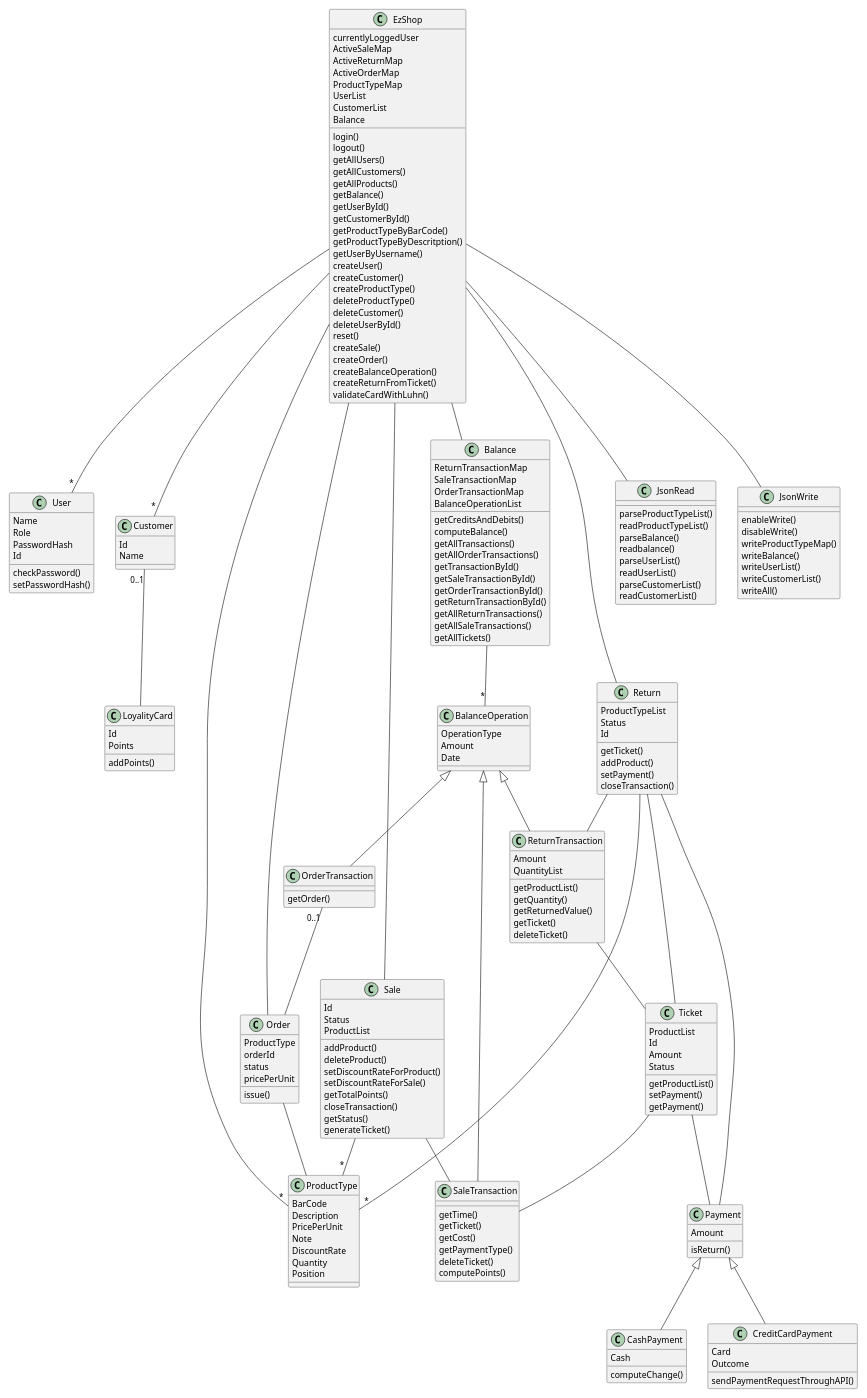
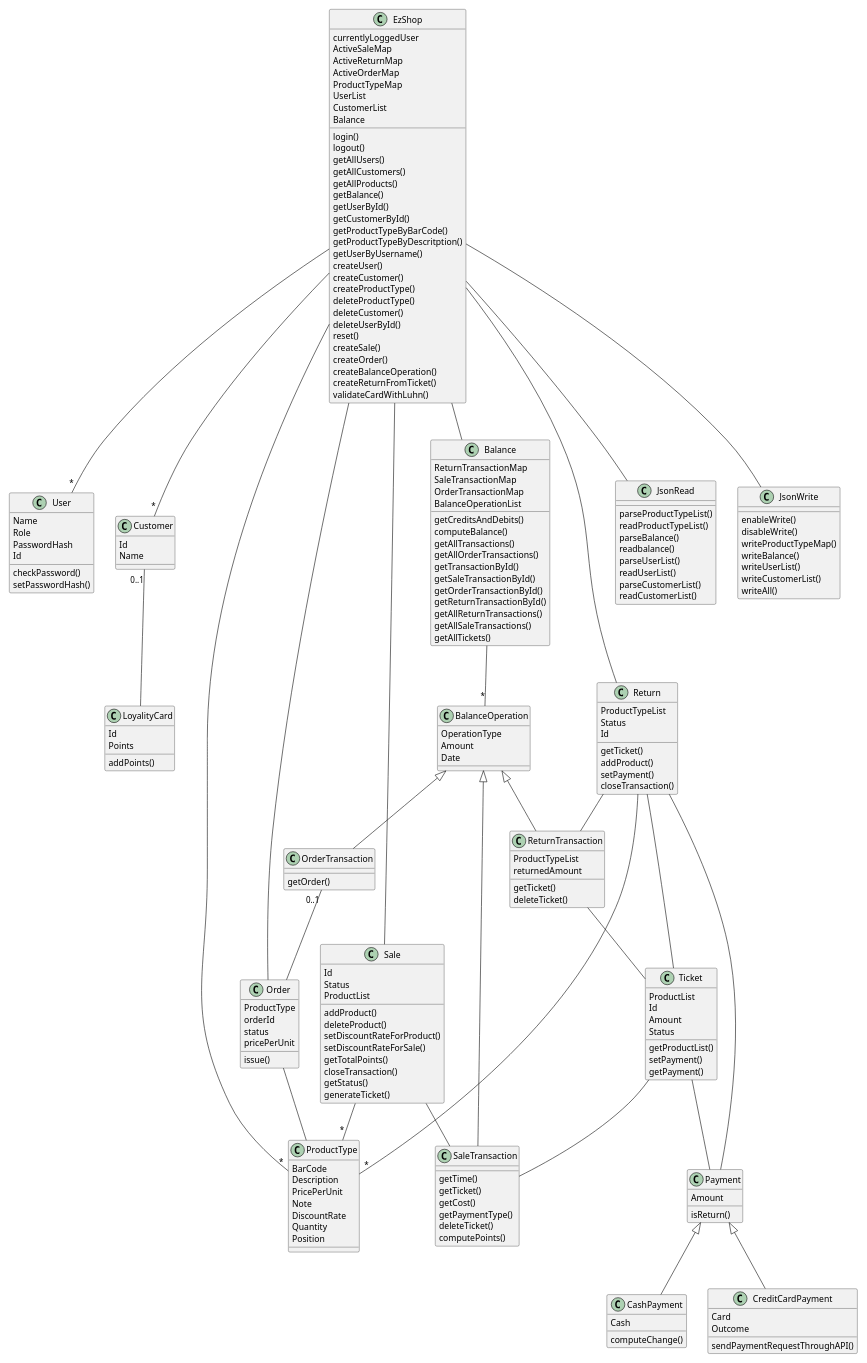
The second of 15 diagrams in Deliverables/DesignDocument.md (paolotron/EzshoProject31), drawn with PlantUML before and after one commit. The commit also changed other lines of this file, not shown here.

```diff
--- a/Deliverables/DesignDocument.md
+++ b/Deliverables/DesignDocument.md
@@ -160,11 +160,8 @@
 }
 
 class ReturnTransaction{
-    Amount
-    QuantityList
-    getProductList()
-    getQuantity()
-    getReturnedValue()
+    ProductTypeList
+    returnedAmount
     getTicket()
     deleteTicket()
 }
```
